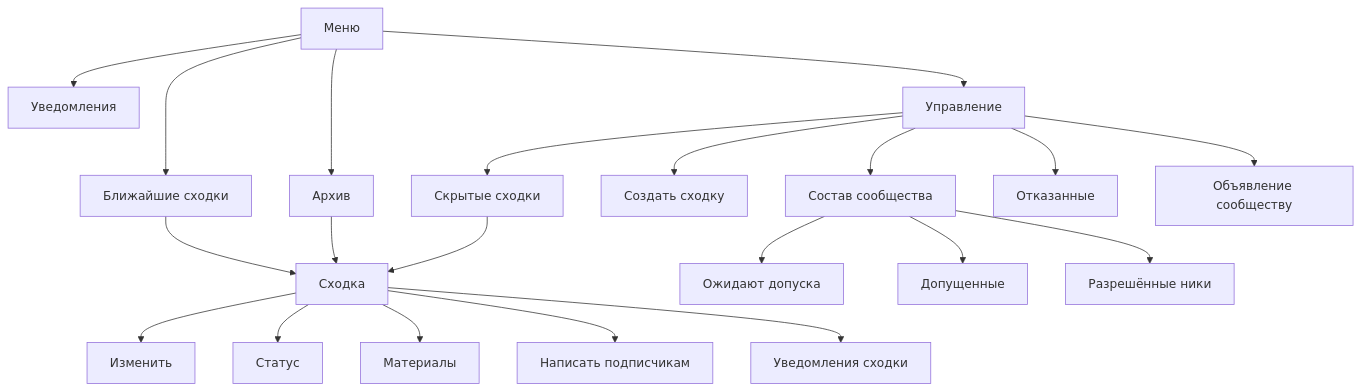
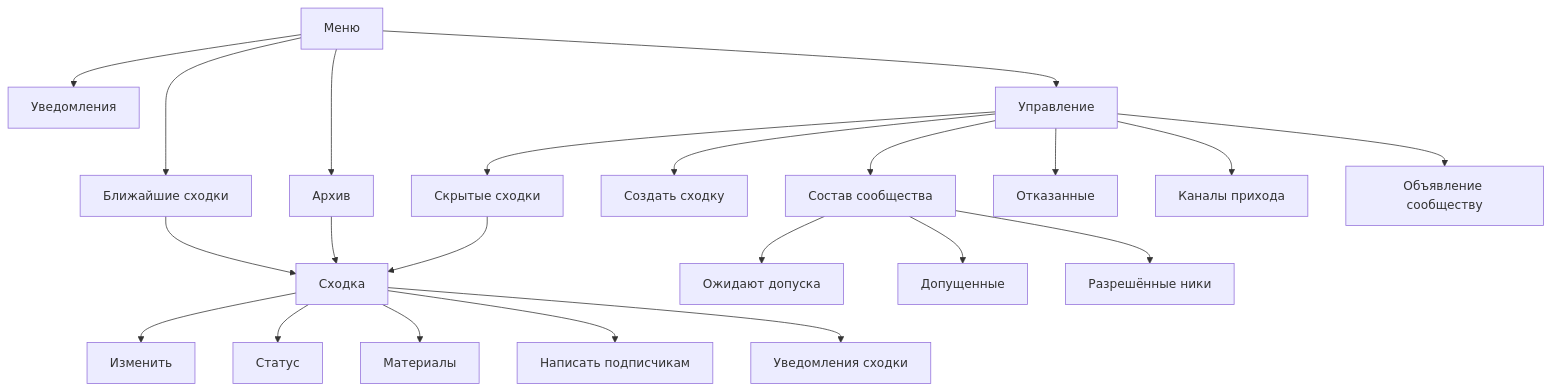
One commit to Solguficky/solguficky-hub changed the first of 2 diagrams in docs/design/bot/design-code.md. Above: the diagram before and after it, drawn with Mermaid. The commit also changed other lines of this file and 27 other files, not shown here.

First line of the commit message:
[PER-441] Вести каналы прихода в боте (#328)

````diff
--- a/docs/design/bot/design-code.md
+++ b/docs/design/bot/design-code.md
@@ -37,28 +37,29 @@
 ```mermaid
 flowchart TD
     menu[Меню]
     menu --> upcoming[Ближайшие сходки]
     menu --> archive[Архив]
     menu --> notify[Уведомления]
     menu --> manage[Управление]
 
     upcoming --> card[Сходка]
     archive --> card
     hidden --> card
 
     card --> edit[Изменить]
     card --> status[Статус]
     card --> materials[Материалы]
     card --> broadcast[Написать подписчикам]
     card --> notifyMeetup[Уведомления сходки]
 
     manage --> create[Создать сходку]
     manage --> hidden[Скрытые сходки]
     manage --> community[Состав сообщества]
     manage --> refused[Отказанные]
+    manage --> channels[Каналы прихода]
     manage --> announce[Объявление сообществу]
 
     community --> pending[Ожидают допуска]
     community --> members[Допущенные]
     community --> nicks[Разрешённые ники]
 ```
````
